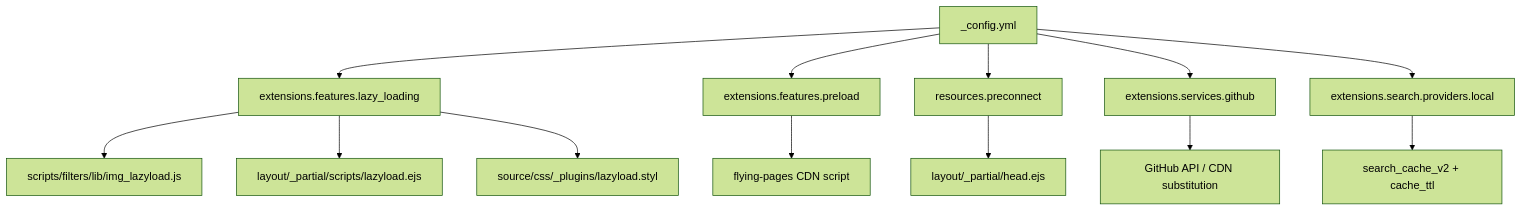
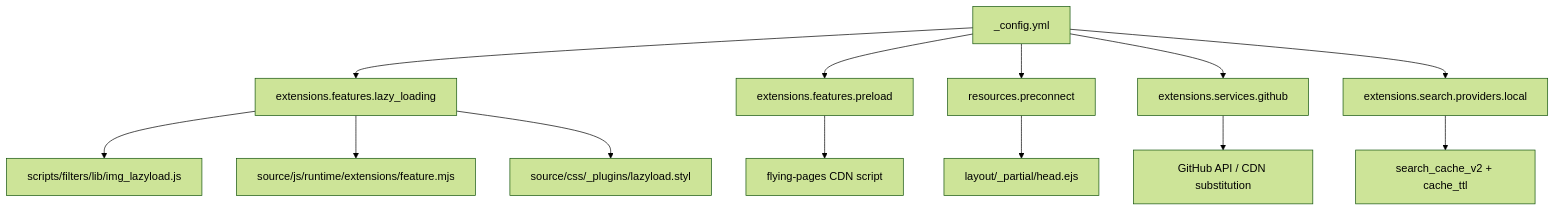
Before and after one commit to xaoxuu/hexo-theme-stellar: the first of 3 diagrams in docs/knowledge/09-高级主题/performance.md, drawn with Mermaid (forest theme). The commit also changed other lines of this file and 72 other files, not shown here.

````diff
--- a/docs/knowledge/09-高级主题/performance.md
+++ b/docs/knowledge/09-高级主题/performance.md
@@ -51,20 +51,20 @@
 ```mermaid
 flowchart TD
   A["_config.yml"] --> B["extensions.features.lazy_loading"]
   A --> D["extensions.features.preload"]
   A --> E["resources.preconnect"]
   A --> F["extensions.services.github"]
   A --> G["extensions.search.providers.local"]
 
   B --> B1["scripts/filters/lib/img_lazyload.js"]
-  B --> B2["layout/_partial/scripts/lazyload.ejs"]
+  B --> B2["source/js/runtime/extensions/feature.mjs"]
   B --> B3["source/css/_plugins/lazyload.styl"]
 
   D --> D1["flying-pages CDN script"]
 
   E --> E2["layout/_partial/head.ejs"]
 
   F --> F1["GitHub API / CDN substitution"]
 
   G --> G1["search_cache_v2 + cache_ttl"]
 ```
````
